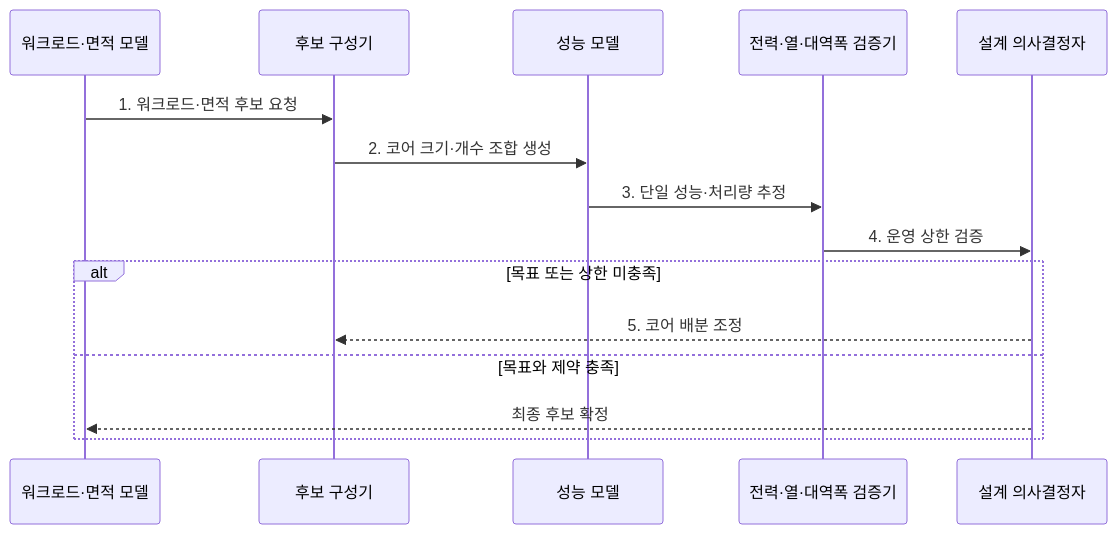
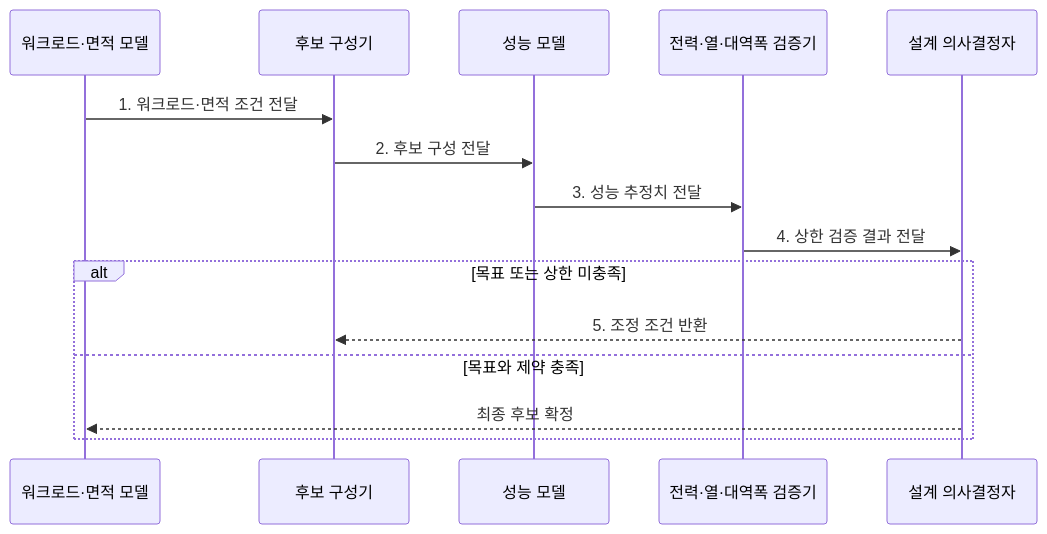
Before and after one commit to agnusdei1207/knowledge-base: the second of 2 diagrams in src/content/docs/notes/02-hardware/011_pollacks_rule.md, drawn with Mermaid. The commit also changed other lines of this file and 20 other files, not shown here.

````diff
--- a/src/content/docs/notes/02-hardware/011_pollacks_rule.md
+++ b/src/content/docs/notes/02-hardware/011_pollacks_rule.md
@@ -94,18 +92,18 @@
 ```mermaid
 sequenceDiagram
     participant M as 워크로드·면적 모델
     participant C as 후보 구성기
     participant P as 성능 모델
     participant R as 전력·열·대역폭 검증기
     participant D as 설계 의사결정자
 
-    M->>C: 1. 워크로드·면적 후보 요청
-    C->>P: 2. 코어 크기·개수 조합 생성
-    P->>R: 3. 단일 성능·처리량 추정
-    R->>D: 4. 운영 상한 검증
+    M->>C: 1. 워크로드·면적 조건 전달
+    C->>P: 2. 후보 구성 전달
+    P->>R: 3. 성능 추정치 전달
+    R->>D: 4. 상한 검증 결과 전달
     alt 목표 또는 상한 미충족
-        D-->>C: 5. 코어 배분 조정
+        D-->>C: 5. 조정 조건 반환
     else 목표와 제약 충족
         D-->>M: 최종 후보 확정
     end
 ```
````
